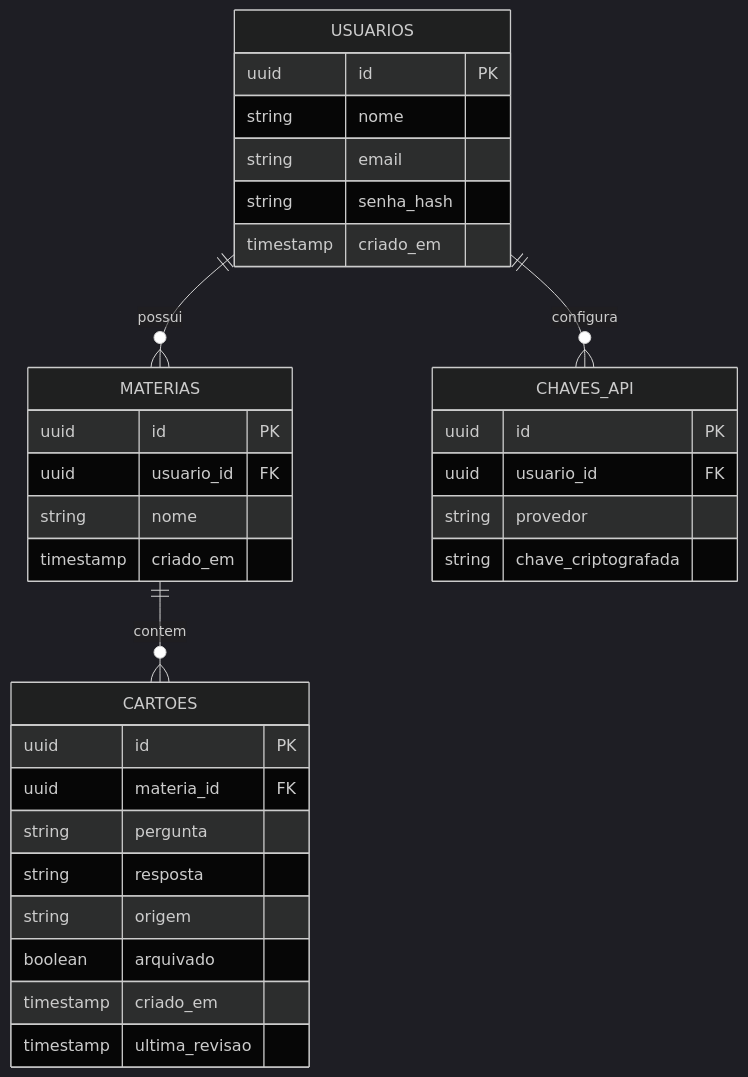
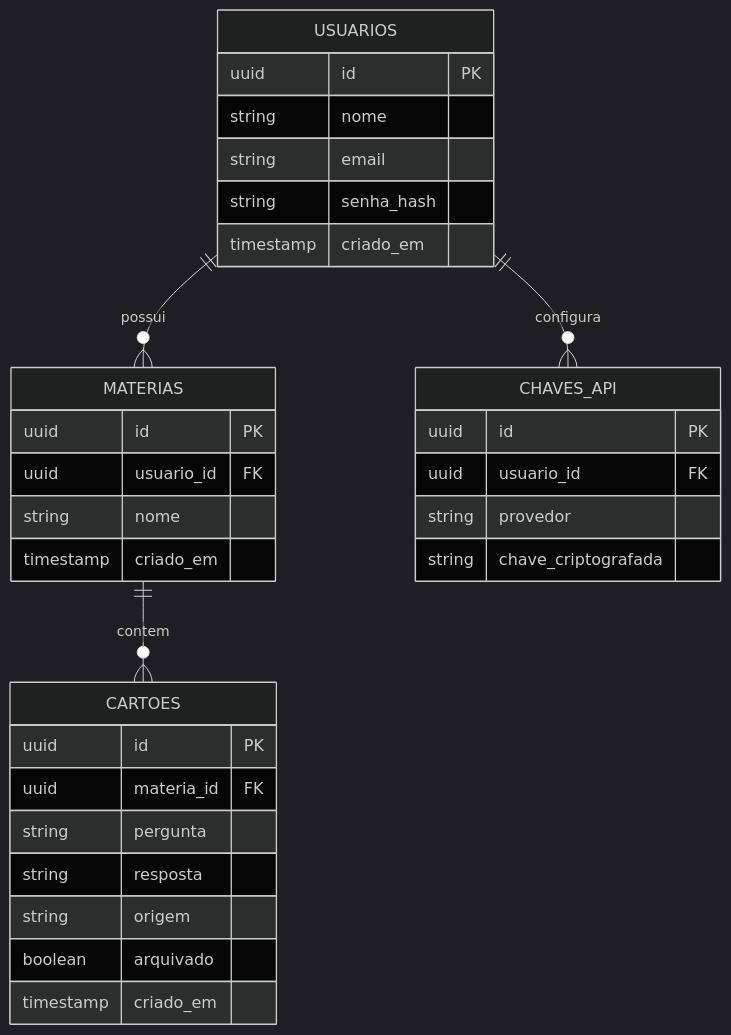
One commit to lucpc/Flipo changed the diagram in docs/02-modelo-de-dados.md. Above: the diagram before and after it, drawn with Mermaid (dark theme). The commit also changed other lines of this file and 8 other files, not shown here.

Commit message:
chore(cartao): remove ultimaRevisao (#49)

````diff
--- a/docs/02-modelo-de-dados.md
+++ b/docs/02-modelo-de-dados.md
@@ -5,35 +5,34 @@
 ```mermaid
 erDiagram
   USUARIOS ||--o{ MATERIAS : possui
   MATERIAS ||--o{ CARTOES : contem
   USUARIOS ||--o{ CHAVES_API : configura
   USUARIOS {
     uuid id PK
     string nome
     string email
     string senha_hash
     timestamp criado_em
   }
   MATERIAS {
     uuid id PK
     uuid usuario_id FK
     string nome
     timestamp criado_em
   }
   CARTOES {
     uuid id PK
     uuid materia_id FK
     string pergunta
     string resposta
     string origem
     boolean arquivado
     timestamp criado_em
-    timestamp ultima_revisao
   }
   CHAVES_API {
     uuid id PK
     uuid usuario_id FK
     string provedor
     string chave_criptografada
   }
 ```
````
